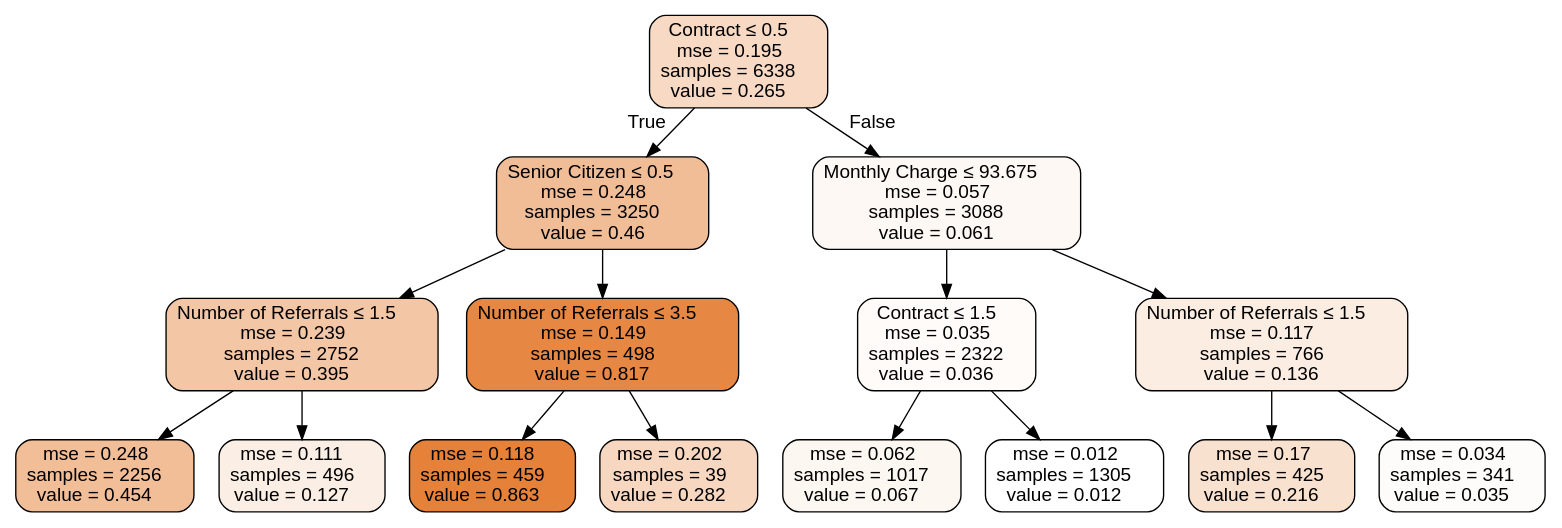
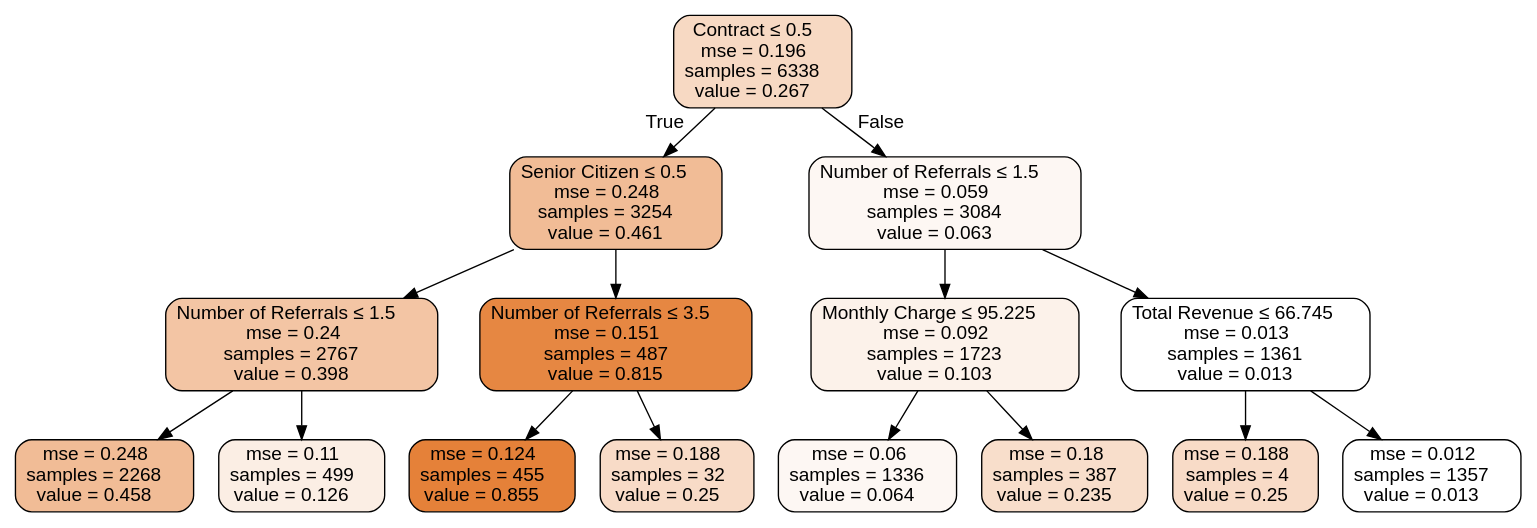
The diagram in src/Source.gv (lucienwalewski/cse204project), drawn with Graphviz before and after one commit. The commit also changed 4 other files, not shown here.

```diff
--- a/src/Source.gv
+++ b/src/Source.gv
@@ -1,33 +1,33 @@
 digraph Tree {
 node [shape=box, style="filled, rounded", color="black", fontname=helvetica] ;
 edge [fontname=helvetica] ;
-0 [label=<Contract &le; 0.5<br/>mse = 0.195<br/>samples = 6338<br/>value = 0.265>, fillcolor="#f7d9c4"] ;
-1 [label=<Senior Citizen &le; 0.5<br/>mse = 0.248<br/>samples = 3250<br/>value = 0.46>, fillcolor="#f1bd97"] ;
+0 [label=<Contract &le; 0.5<br/>mse = 0.196<br/>samples = 6338<br/>value = 0.267>, fillcolor="#f7d9c3"] ;
+1 [label=<Senior Citizen &le; 0.5<br/>mse = 0.248<br/>samples = 3254<br/>value = 0.461>, fillcolor="#f1bc96"] ;
 0 -> 1 [labeldistance=2.5, labelangle=45, headlabel="True"] ;
-2 [label=<Number of Referrals &le; 1.5<br/>mse = 0.239<br/>samples = 2752<br/>value = 0.395>, fillcolor="#f3c6a6"] ;
+2 [label=<Number of Referrals &le; 1.5<br/>mse = 0.24<br/>samples = 2767<br/>value = 0.398>, fillcolor="#f3c5a4"] ;
 1 -> 2 ;
-3 [label=<mse = 0.248<br/>samples = 2256<br/>value = 0.454>, fillcolor="#f1be98"] ;
+3 [label=<mse = 0.248<br/>samples = 2268<br/>value = 0.458>, fillcolor="#f1bc96"] ;
 2 -> 3 ;
-4 [label=<mse = 0.111<br/>samples = 496<br/>value = 0.127>, fillcolor="#fbeee4"] ;
+4 [label=<mse = 0.11<br/>samples = 499<br/>value = 0.126>, fillcolor="#fbeee4"] ;
 2 -> 4 ;
-5 [label=<Number of Referrals &le; 3.5<br/>mse = 0.149<br/>samples = 498<br/>value = 0.817>, fillcolor="#e68844"] ;
+5 [label=<Number of Referrals &le; 3.5<br/>mse = 0.151<br/>samples = 487<br/>value = 0.815>, fillcolor="#e68742"] ;
 1 -> 5 ;
-6 [label=<mse = 0.118<br/>samples = 459<br/>value = 0.863>, fillcolor="#e58139"] ;
+6 [label=<mse = 0.124<br/>samples = 455<br/>value = 0.855>, fillcolor="#e58139"] ;
 5 -> 6 ;
-7 [label=<mse = 0.202<br/>samples = 39<br/>value = 0.282>, fillcolor="#f7d7c0"] ;
+7 [label=<mse = 0.188<br/>samples = 32<br/>value = 0.25>, fillcolor="#f8dbc7"] ;
 5 -> 7 ;
-8 [label=<Monthly Charge &le; 93.675<br/>mse = 0.057<br/>samples = 3088<br/>value = 0.061>, fillcolor="#fef8f4"] ;
+8 [label=<Number of Referrals &le; 1.5<br/>mse = 0.059<br/>samples = 3084<br/>value = 0.063>, fillcolor="#fdf7f3"] ;
 0 -> 8 [labeldistance=2.5, labelangle=-45, headlabel="False"] ;
-9 [label=<Contract &le; 1.5<br/>mse = 0.035<br/>samples = 2322<br/>value = 0.036>, fillcolor="#fefbf9"] ;
+9 [label=<Monthly Charge &le; 95.225<br/>mse = 0.092<br/>samples = 1723<br/>value = 0.103>, fillcolor="#fcf2ea"] ;
 8 -> 9 ;
-10 [label=<mse = 0.062<br/>samples = 1017<br/>value = 0.067>, fillcolor="#fdf7f2"] ;
+10 [label=<mse = 0.06<br/>samples = 1336<br/>value = 0.064>, fillcolor="#fdf7f3"] ;
 9 -> 10 ;
-11 [label=<mse = 0.012<br/>samples = 1305<br/>value = 0.012>, fillcolor="#ffffff"] ;
+11 [label=<mse = 0.18<br/>samples = 387<br/>value = 0.235>, fillcolor="#f8decb"] ;
 9 -> 11 ;
-12 [label=<Number of Referrals &le; 1.5<br/>mse = 0.117<br/>samples = 766<br/>value = 0.136>, fillcolor="#fbede2"] ;
+12 [label=<Total Revenue &le; 66.745<br/>mse = 0.013<br/>samples = 1361<br/>value = 0.013>, fillcolor="#ffffff"] ;
 8 -> 12 ;
-13 [label=<mse = 0.17<br/>samples = 425<br/>value = 0.216>, fillcolor="#f9e1cf"] ;
+13 [label=<mse = 0.188<br/>samples = 4<br/>value = 0.25>, fillcolor="#f8dbc7"] ;
 12 -> 13 ;
-14 [label=<mse = 0.034<br/>samples = 341<br/>value = 0.035>, fillcolor="#fefcfa"] ;
+14 [label=<mse = 0.012<br/>samples = 1357<br/>value = 0.013>, fillcolor="#ffffff"] ;
 12 -> 14 ;
 }
```
